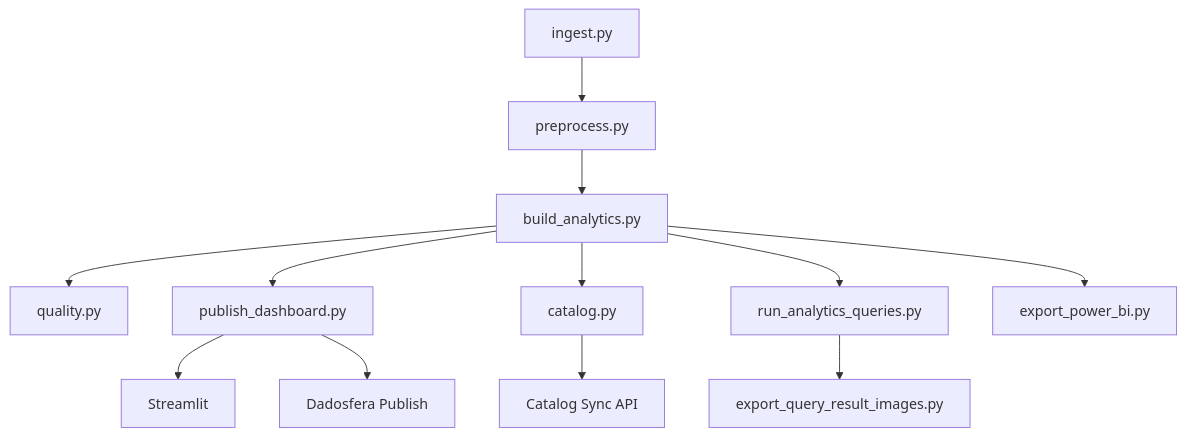
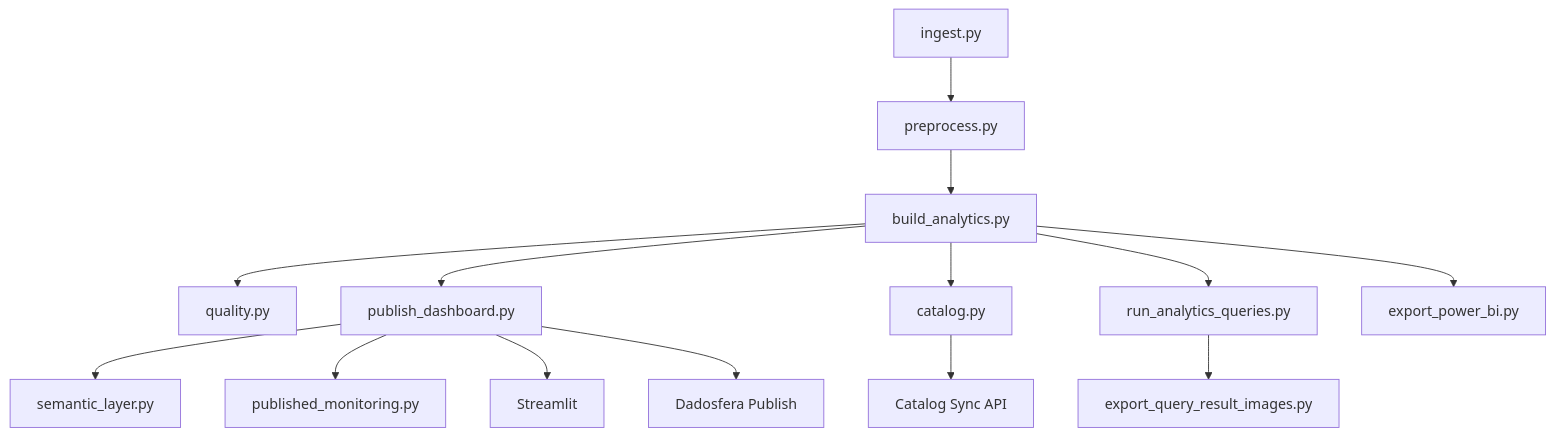
Before and after one commit to samuelmaia-analytics/Governed-Analytics-Platform: the second of 2 diagrams in docs/architecture.md, drawn with Mermaid. The commit also changed other lines of this file and 39 other files, not shown here.

Commit message:
Automate published layer operations and docs

````diff
--- a/docs/architecture.md
+++ b/docs/architecture.md
@@ -178,14 +190,16 @@
 ```mermaid
 flowchart TD
     A[ingest.py] --> B[preprocess.py]
     B --> C[build_analytics.py]
     C --> D[quality.py]
     C --> E[publish_dashboard.py]
+    E --> E2[semantic_layer.py]
+    E --> E3[published_monitoring.py]
     C --> F[catalog.py]
     C --> G[run_analytics_queries.py]
     G --> H[export_query_result_images.py]
     C --> I[export_power_bi.py]
     E --> J[Streamlit]
     E --> K[Dadosfera Publish]
     F --> L[Catalog Sync API]
 ```
````
